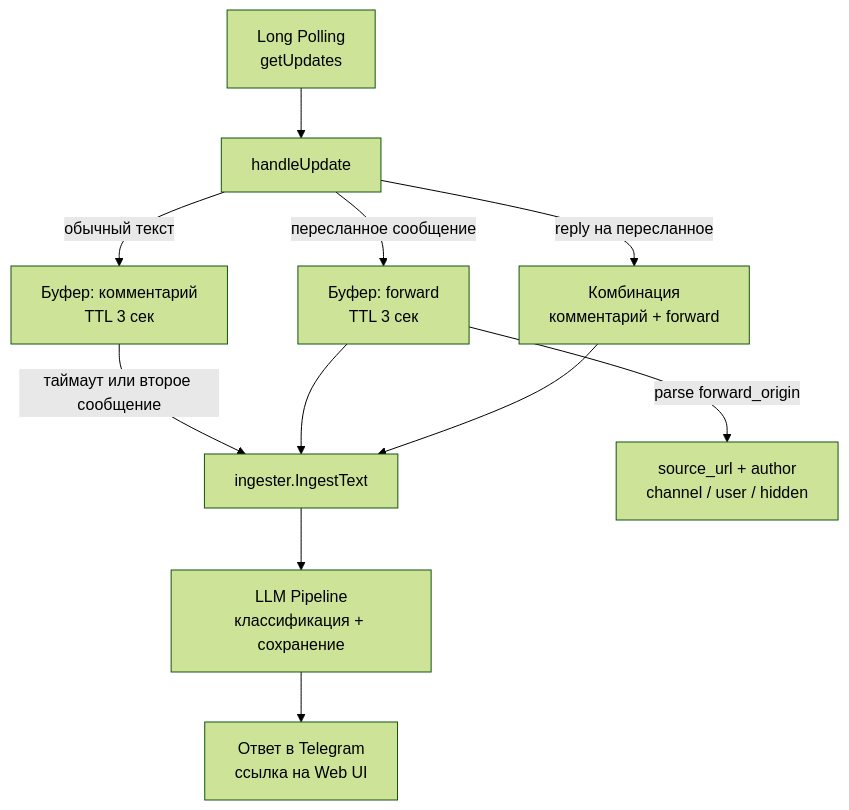
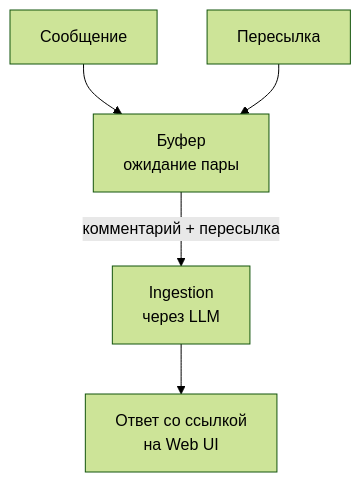
One commit to strider2038/knowledge-db changed the eighth of 13 diagrams in docs/presentations/knowledge-db-overview.md. Above: the diagram before and after it, drawn with Mermaid (forest theme). The commit also changed other lines of this file, not shown here.

Commit message:
docs: simplify diagrams to focus on conceptual decisions

````diff
--- a/docs/presentations/knowledge-db-overview.md
+++ b/docs/presentations/knowledge-db-overview.md
@@ -415,15 +209,7 @@
 ```mermaid
 flowchart TD
-    POLL[Long Polling<br/>getUpdates] --> HANDLE[handleUpdate]
-    HANDLE --> |обычный текст| COMMENT[Буфер: комментарий<br/>TTL 3 сек]
-    HANDLE --> |пересланное сообщение| FORWARD[Буфер: forward<br/>TTL 3 сек]
-    HANDLE --> |reply на пересланное| COMBINED[Комбинация<br/>комментарий + forward]
-    
-    COMMENT --> |таймаут или второе сообщение| INGEST[ingester.IngestText]
-    FORWARD --> INGEST
-    COMBINED --> INGEST
-    INGEST --> LLM_PIPE[LLM Pipeline<br/>классификация + сохранение]
-    LLM_PIPE --> REPLY[Ответ в Telegram<br/>ссылка на Web UI]
-    
-    FORWARD --> |parse forward_origin| ORIGIN[source_url + author<br/>channel / user / hidden]
+    MSG[Сообщение] --> BUF[Буфер<br/>ожидание пары]
+    FWD[Пересылка] --> BUF
+    BUF --> |комментарий + пересылка| INGEST[Ingestion<br/>через LLM]
+    INGEST --> REPLY[Ответ со ссылкой<br/>на Web UI]
 ```
````
